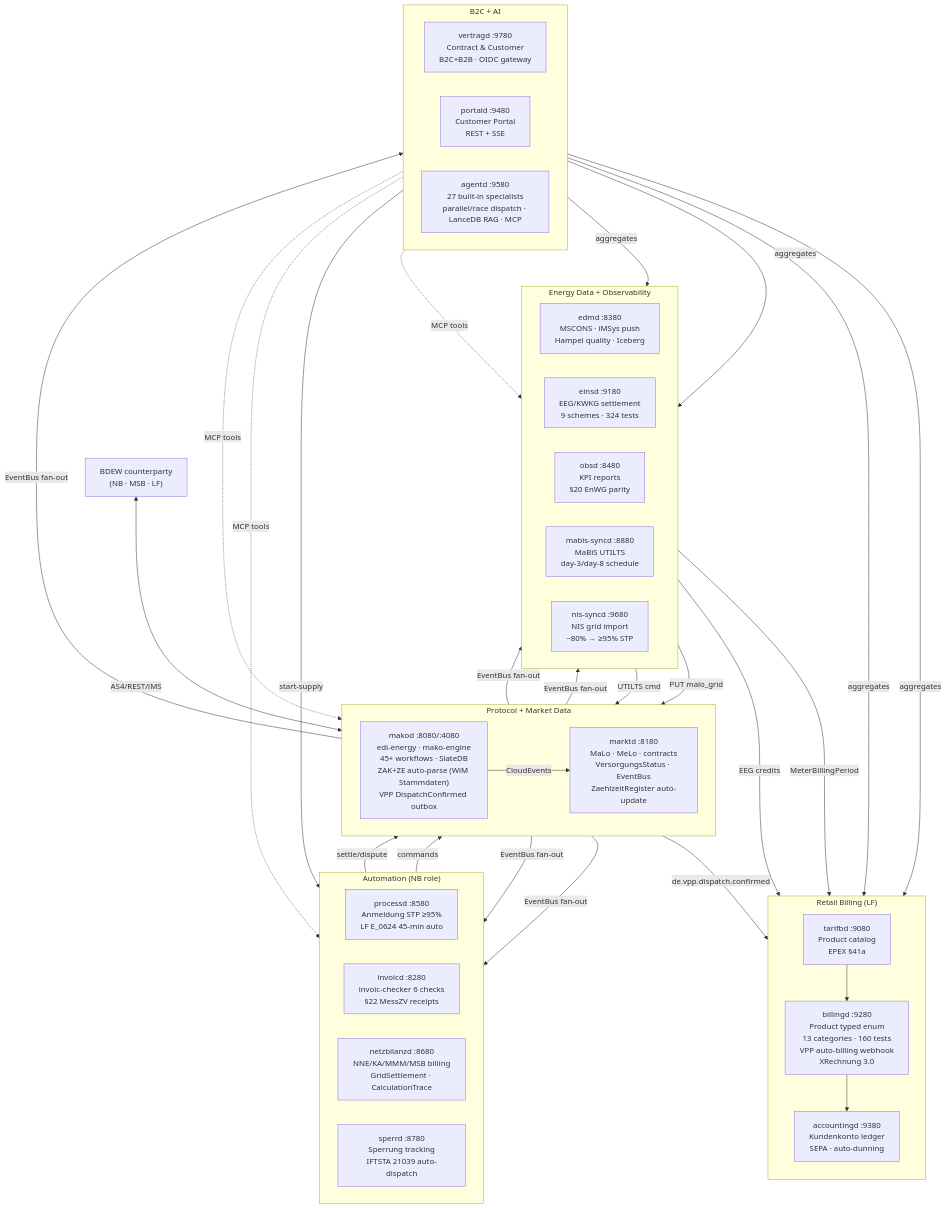
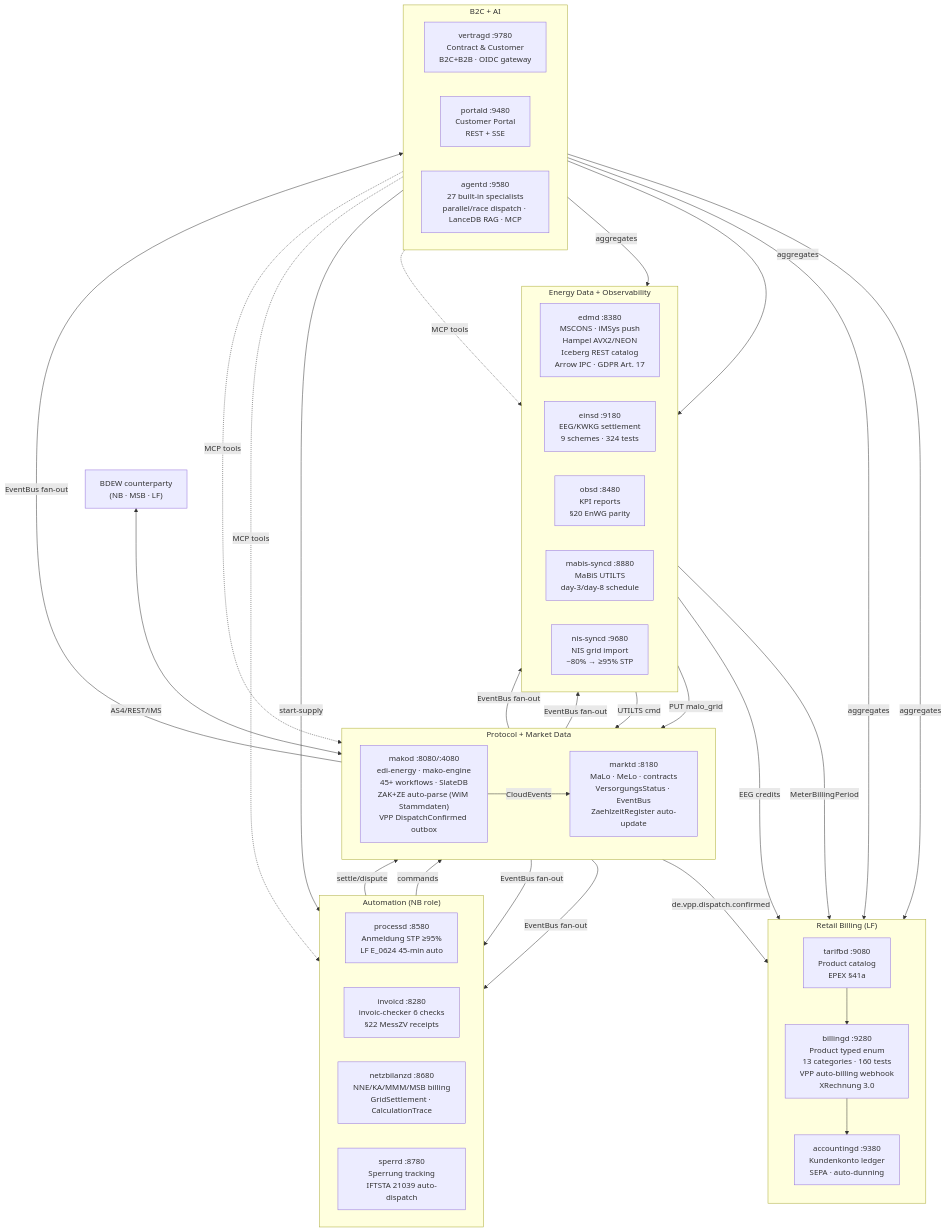
Before and after one commit to hupe1980/mako: the diagram in docs/index.md, drawn with Mermaid. The commit also changed other lines of this file and 92 other files, not shown here.

```diff
--- a/docs/index.md
+++ b/docs/index.md
@@ -316,7 +323,9 @@
         direction LR
         edmd["edmd :8380
 MSCONS · iMSys push
-Hampel quality · Iceberg"]
+Hampel AVX2/NEON
+Iceberg REST catalog
+Arrow IPC · GDPR Art. 17"]
         einsd["einsd :9180
 EEG/KWKG settlement
 9 schemes · 324 tests"]
```
